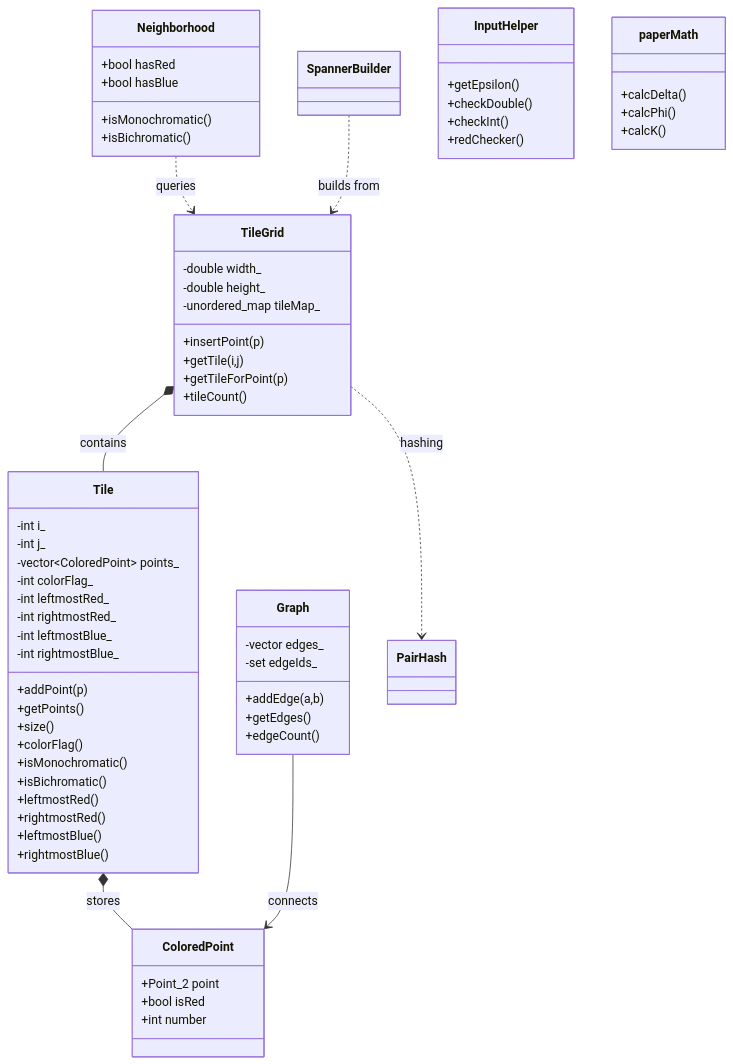
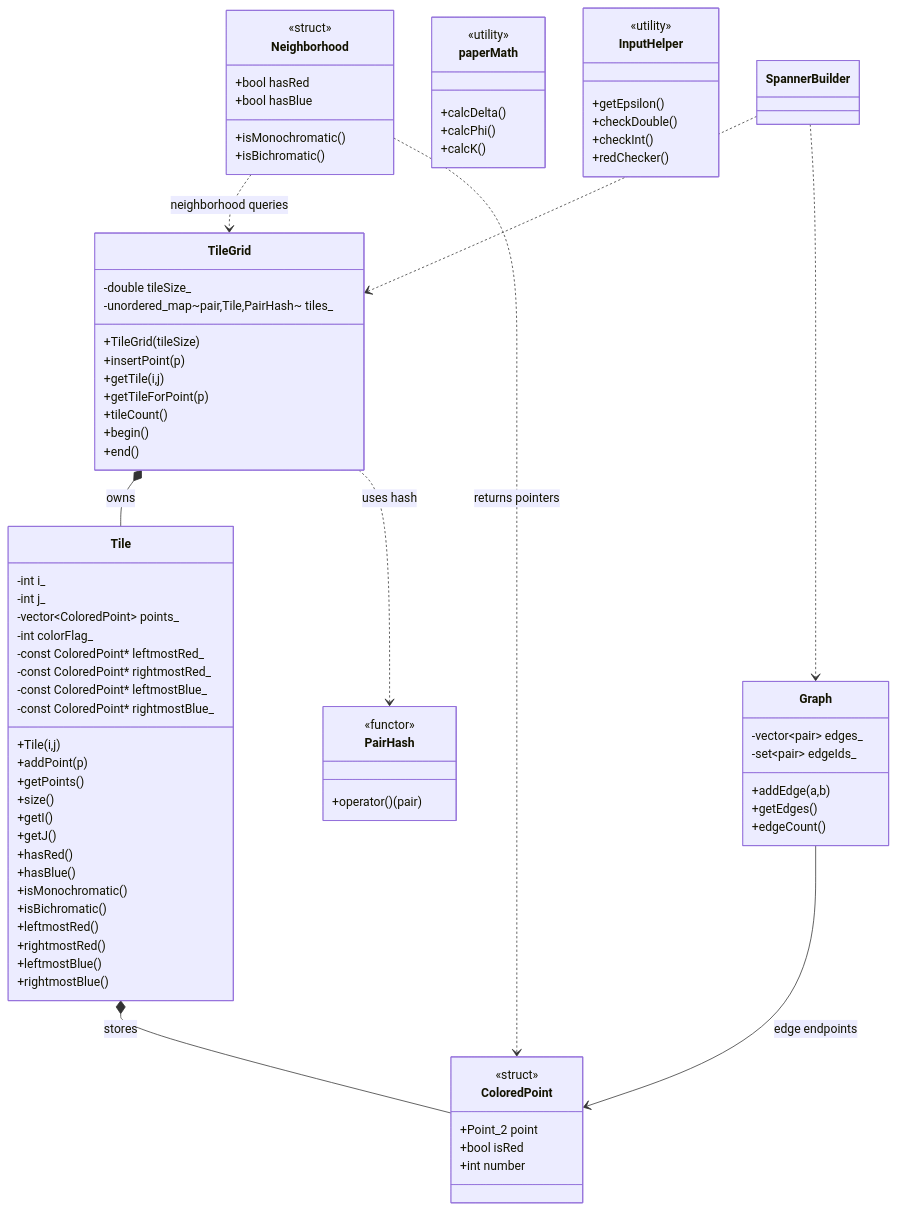
One commit to Oscar-GGV/BichromaticGeometricSpanner changed the diagram in README.md. Above: the diagram before and after it, drawn with Mermaid. The commit also changed other lines of this file, not shown here.

Commit message:
Refactor UML class diagram in README.md

````diff
--- a/README.md
+++ b/README.md
@@ -22,26 +22,31 @@
 ```mermaid
 classDiagram
 
-class ColoredPoint{
+class ColoredPoint {
+    <<struct>>
     +Point_2 point
     +bool isRed
     +int number
 }
 
-class Tile{
+class Tile {
     -int i_
     -int j_
     -vector~ColoredPoint~ points_
     -int colorFlag_
-    -int leftmostRed_
-    -int rightmostRed_
-    -int leftmostBlue_
-    -int rightmostBlue_
+    -const ColoredPoint* leftmostRed_
+    -const ColoredPoint* rightmostRed_
+    -const ColoredPoint* leftmostBlue_
+    -const ColoredPoint* rightmostBlue_
 
+    +Tile(i,j)
     +addPoint(p)
     +getPoints()
     +size()
-    +colorFlag()
+    +getI()
+    +getJ()
+    +hasRed()
+    +hasBlue()
     +isMonochromatic()
     +isBichromatic()
     +leftmostRed()
@@ -50,55 +55,64 @@
     +rightmostBlue()
 }
 
-class TileGrid{
-    -double width_
-    -double height_
-    -unordered_map tileMap_
+class TileGrid {
+    -double tileSize_
+    -unordered_map~pair<int,int>,Tile,PairHash~ tiles_
 
+    +TileGrid(tileSize)
     +insertPoint(p)
     +getTile(i,j)
     +getTileForPoint(p)
     +tileCount()
+    +begin()
+    +end()
 }
 
-class Graph{
-    -vector edges_
-    -set edgeIds_
+class Neighborhood {
+    <<struct>>
+    +bool hasRed
+    +bool hasBlue
+    +isMonochromatic()
+    +isBichromatic()
+}
+
+class Graph {
+    -vector~pair<ColoredPoint,ColoredPoint>~ edges_
+    -set~pair<int,int>~ edgeIds_
 
     +addEdge(a,b)
     +getEdges()
     +edgeCount()
 }
 
-class Neighborhood{
-    +bool hasRed
-    +bool hasBlue
-
-    +isMonochromatic()
-    +isBichromatic()
+class PairHash {
+    <<functor>>
+    +operator()(pair<int,int>)
 }
 
-class SpannerBuilder
+class paperMath {
+    <<utility>>
+    +calcDelta()
+    +calcPhi()
+    +calcK()
+}
 
-class InputHelper{
+class InputHelper {
+    <<utility>>
     +getEpsilon()
     +checkDouble()
     +checkInt()
     +redChecker()
 }
 
-class paperMath{
-    +calcDelta()
-    +calcPhi()
-    +calcK()
-}
-
-class PairHash
+class SpannerBuilder
 
 Tile *-- ColoredPoint : stores
-TileGrid *-- Tile : contains
-Graph --> ColoredPoint : connects
-Neighborhood ..> TileGrid : queries
-TileGrid ..> PairHash : hashing
-SpannerBuilder ..> TileGrid : builds from
+TileGrid *-- Tile : owns
+TileGrid ..> PairHash : uses hash
+Graph --> ColoredPoint : edge endpoints
+Neighborhood ..> TileGrid : neighborhood queries
+Neighborhood ..> ColoredPoint : returns pointers
+SpannerBuilder ..> TileGrid
+SpannerBuilder ..> Graph
 ```
````
